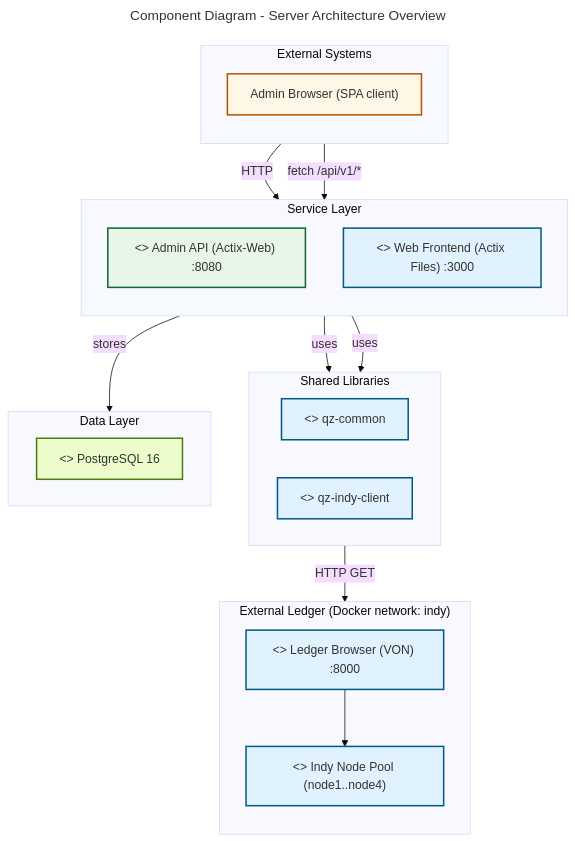
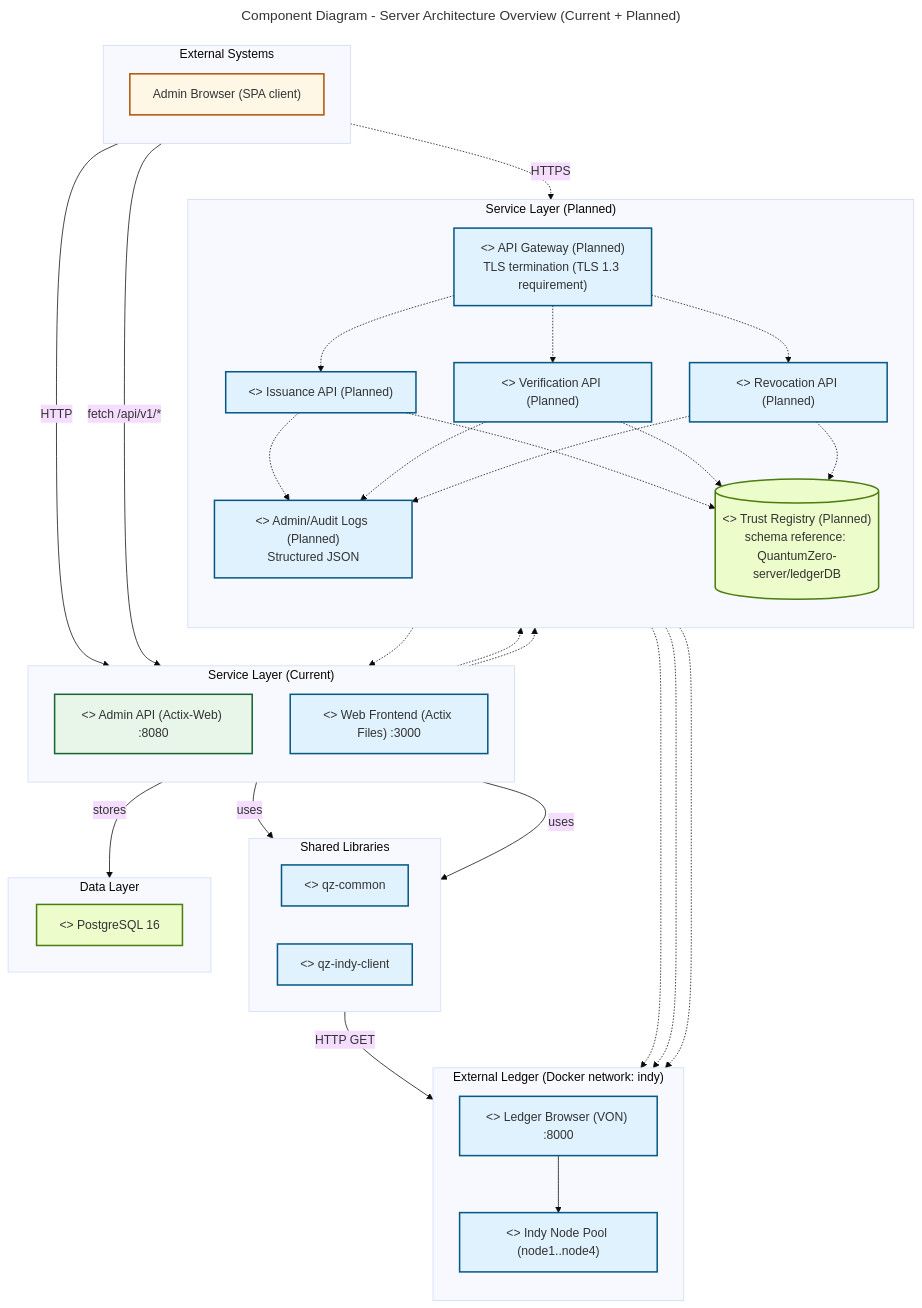
Before and after one commit to CHATEAUFORGE-LLC/QuantumZero: the diagram in diagrams/component-server-overview.mmd, drawn with Mermaid. The commit also changed 23 other files, not shown here.

Commit message:
syntax corrections and diagram indexing

```diff
--- a/diagrams/component-server-overview.mmd
+++ b/diagrams/component-server-overview.mmd
@@ -1,57 +1,92 @@
 ---
-title: Component Diagram - Server Architecture Overview
+title: Component Diagram - Server Architecture Overview (Current + Planned)
 config:
   theme: base
 ---
 %% QuantumZero UML palette note: actors/external=#fff7e6/#b45309, system/component=#e0f2fe/#075985, datastore=#ecfccb/#4d7c0f, notes=#fff9c4/#d97706. Aligns diagrams to Deliverable 1 UML/DFD theme.
 flowchart TB
     %% QuantumZero UML palette (standardized)
     classDef actor fill:#fff7e6,stroke:#b45309,stroke-width:2px
     classDef component fill:#e0f2fe,stroke:#075985,stroke-width:2px
     classDef service fill:#e8f5e9,stroke:#166534,stroke-width:2px
     classDef datastore fill:#ecfccb,stroke:#4d7c0f,stroke-width:2px
 
+    %% Legend: solid links = current implementation, dashed links = planned design
+
     %% Service Layer (current implementation)
-    subgraph Services["Service Layer"]
+    subgraph Services["Service Layer (Current)"]
         direction TB
         AdminAPI["<<component>> Admin API (Actix-Web) :8080"]:::service
         WebFrontend["<<component>> Web Frontend (Actix Files) :3000"]:::component
+    end
+
+    %% Planned expansion: 4 API services behind a gateway
+    subgraph Planned["Service Layer (Planned)"]
+        direction TB
+        Gateway["<<component>> API Gateway (Planned)<br/>TLS termination (TLS 1.3 requirement)"]:::component
+        IssuanceAPI["<<component>> Issuance API (Planned)"]:::component
+        VerificationAPI["<<component>> Verification API (Planned)"]:::component
+        RevocationAPI["<<component>> Revocation API (Planned)"]:::component
+        Logs["<<component>> Admin/Audit Logs (Planned)<br/>Structured JSON"]:::component
+        TrustReg[("<<database>> Trust Registry (Planned)<br/>schema reference: QuantumZero-server/ledgerDB")]:::datastore
     end
     
     %% Shared Libraries
     subgraph SharedLibs["Shared Libraries"]
         direction LR
         Common["<<component>> qz-common"]:::component
         IndyClient["<<component>> qz-indy-client"]:::component
     end
     
     %% Data Layer
     subgraph DataLayer["Data Layer"]
         direction LR
         PostgreSQL["<<database>> PostgreSQL 16"]:::datastore
     end
 
     %% External ledger access (via ledger browser HTTP)
     subgraph Ledger["External Ledger (Docker network: indy)"]
         direction TB
         LedgerBrowser["<<component>> Ledger Browser (VON) :8000"]:::component
         IndyPool["<<component>> Indy Node Pool (node1..node4)"]:::component
     end
     
     %% External Systems
     subgraph External["External Systems"]
         direction TB
         Browser["Admin Browser (SPA client)"]:::actor
     end
     
     %% Dependencies
     AdminAPI -->|uses| Common
     AdminAPI -->|uses| IndyClient
     
     AdminAPI -->|stores| PostgreSQL
 
     IndyClient -->|HTTP GET| LedgerBrowser
     LedgerBrowser --> IndyPool
     
     Browser -->|HTTP| WebFrontend
     Browser -->|fetch /api/v1/*| AdminAPI
+
+    %% Planned routing and cross-cutting concerns
+    Browser -. HTTPS .-> Gateway
+    Gateway -.-> AdminAPI
+    Gateway -.-> IssuanceAPI
+    Gateway -.-> VerificationAPI
+    Gateway -.-> RevocationAPI
+
+    AdminAPI -.-> Logs
+    IssuanceAPI -.-> Logs
+    VerificationAPI -.-> Logs
+    RevocationAPI -.-> Logs
+
+    AdminAPI -.-> TrustReg
+    IssuanceAPI -.-> TrustReg
+    VerificationAPI -.-> TrustReg
+    RevocationAPI -.-> TrustReg
+
+    %% Planned ledger usage by additional APIs (see component-server-core-services-planned.mmd)
+    IssuanceAPI -.-> LedgerBrowser
+    VerificationAPI -.-> LedgerBrowser
+    RevocationAPI -.-> LedgerBrowser
```
